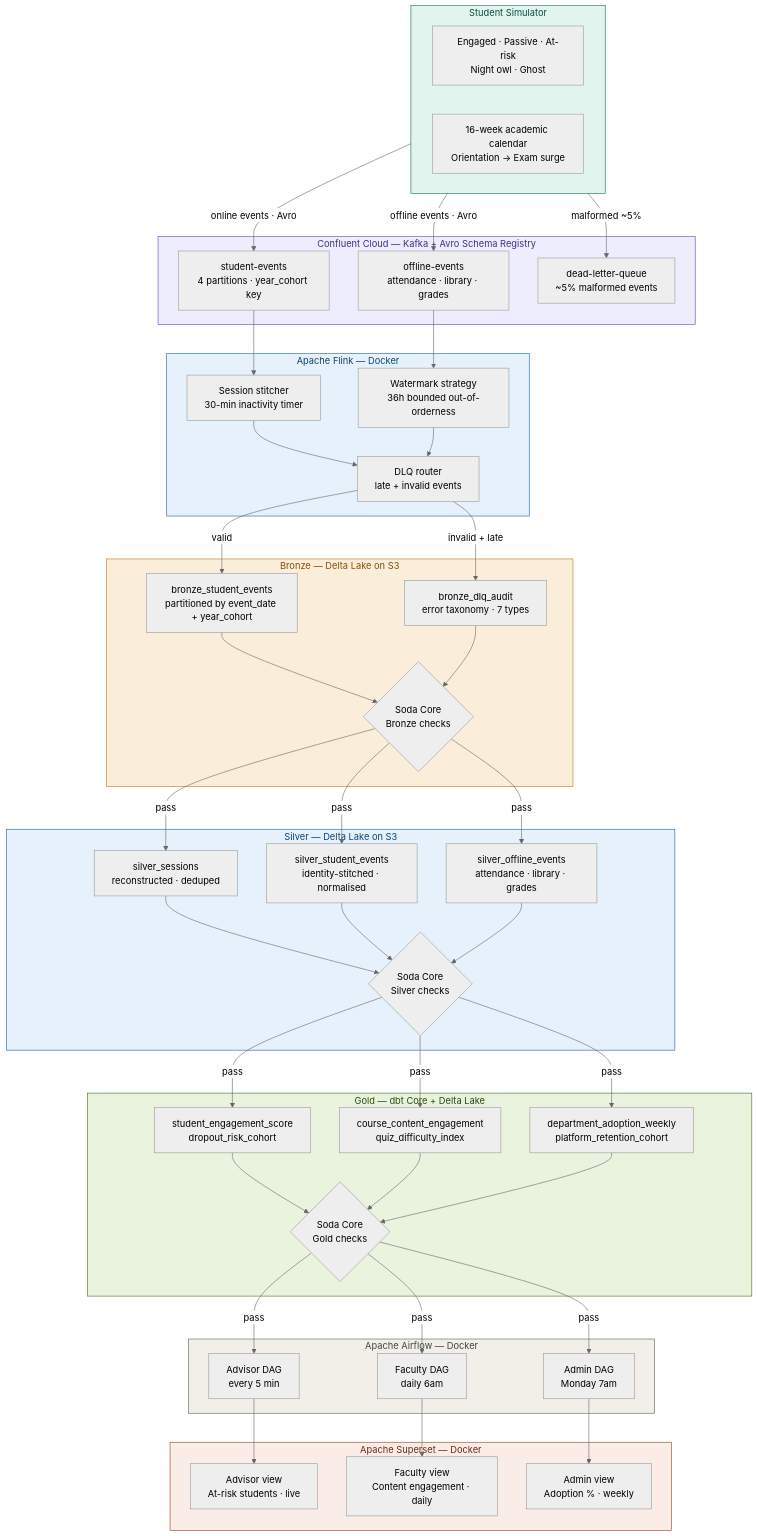
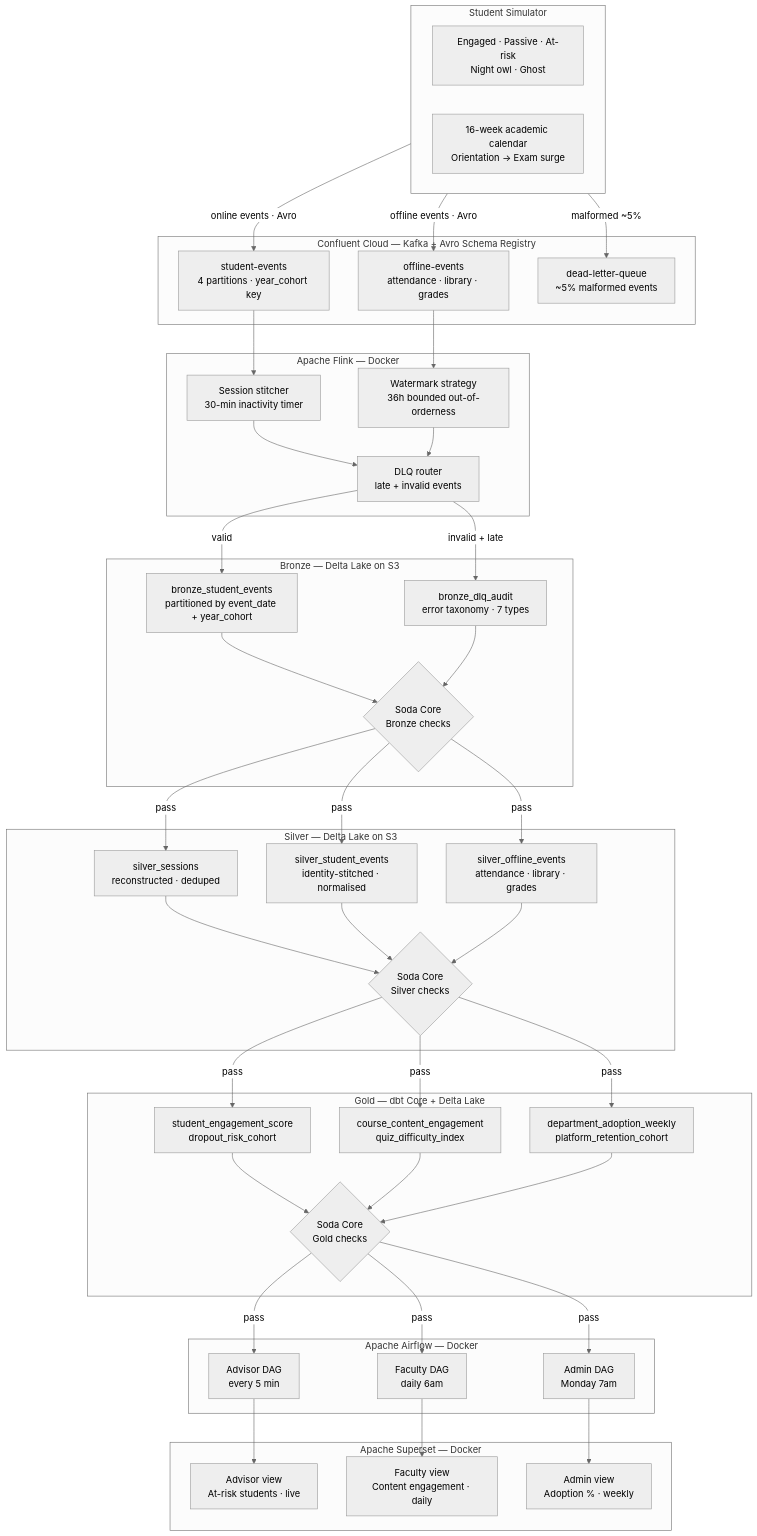
Before and after one commit to arcofiero/edupulse-analytics: the diagram in README.md, drawn with Mermaid (neutral theme).

Commit message:
fix(readme): correct mermaid fence, br line breaks, remove style overrides for GitHub rendering

````diff
--- a/README.md
+++ b/README.md
@@ -25,95 +25,86 @@
 ```mermaid
 flowchart TD
     subgraph SIM["Student Simulator"]
-        S1[Engaged · Passive · At-risk\nNight owl · Ghost]
-        S2[16-week academic calendar\nOrientation → Exam surge]
+        S1["Engaged · Passive · At-risk<br/>Night owl · Ghost"]
+        S2["16-week academic calendar<br/>Orientation → Exam surge"]
     end
 
     subgraph KAFKA["Confluent Cloud — Kafka + Avro Schema Registry"]
-        K1[student-events\n4 partitions · year_cohort key]
-        K2[offline-events\nattendance · library · grades]
-        K3[dead-letter-queue\n~5% malformed events]
+        K1["student-events<br/>4 partitions · year_cohort key"]
+        K2["offline-events<br/>attendance · library · grades"]
+        K3["dead-letter-queue<br/>~5% malformed events"]
     end
 
     subgraph FLINK["Apache Flink — Docker"]
-        F1[Session stitcher\n30-min inactivity timer]
-        F2[Watermark strategy\n36h bounded out-of-orderness]
-        F3[DLQ router\nlate + invalid events]
+        F1["Session stitcher<br/>30-min inactivity timer"]
+        F2["Watermark strategy<br/>36h bounded out-of-orderness"]
+        F3["DLQ router<br/>late + invalid events"]
     end
 
     subgraph BRONZE["Bronze — Delta Lake on S3"]
-        B1[bronze_student_events\npartitioned by event_date + year_cohort]
-        B2[bronze_dlq_audit\nerror taxonomy · 7 types]
-        SODA1{Soda Core\nBronze checks}
+        B1["bronze_student_events<br/>partitioned by event_date + year_cohort"]
+        B2["bronze_dlq_audit<br/>error taxonomy · 7 types"]
+        SODA1{"Soda Core<br/>Bronze checks"}
     end
 
     subgraph SILVER["Silver — Delta Lake on S3"]
-        SV1[silver_sessions\nreconstructed · deduped]
-        SV2[silver_student_events\nidentity-stitched · normalised]
-        SV3[silver_offline_events\nattendance · library · grades]
-        SODA2{Soda Core\nSilver checks}
+        SV1["silver_sessions<br/>reconstructed · deduped"]
+        SV2["silver_student_events<br/>identity-stitched · normalised"]
+        SV3["silver_offline_events<br/>attendance · library · grades"]
+        SODA2{"Soda Core<br/>Silver checks"}
     end
 
     subgraph GOLD["Gold — dbt Core + Delta Lake"]
-        G1[student_engagement_score\ndropout_risk_cohort]
-        G2[course_content_engagement\nquiz_difficulty_index]
-        G3[department_adoption_weekly\nplatform_retention_cohort]
-        SODA3{Soda Core\nGold checks}
+        G1["student_engagement_score<br/>dropout_risk_cohort"]
+        G2["course_content_engagement<br/>quiz_difficulty_index"]
+        G3["department_adoption_weekly<br/>platform_retention_cohort"]
+        SODA3{"Soda Core<br/>Gold checks"}
     end
 
     subgraph AIRFLOW["Apache Airflow — Docker"]
-        A1[Advisor DAG\nevery 5 min]
-        A2[Faculty DAG\ndaily 6am]
-        A3[Admin DAG\nMonday 7am]
+        A1["Advisor DAG<br/>every 5 min"]
+        A2["Faculty DAG<br/>daily 6am"]
+        A3["Admin DAG<br/>Monday 7am"]
     end
 
     subgraph SUPERSET["Apache Superset — Docker"]
-        D1[Advisor view\nAt-risk students · live]
-        D2[Faculty view\nContent engagement · daily]
-        D3[Admin view\nAdoption % · weekly]
+        D1["Advisor view<br/>At-risk students · live"]
+        D2["Faculty view<br/>Content engagement · daily"]
+        D3["Admin view<br/>Adoption % · weekly"]
     end
 
-    SIM -->|online events · Avro| K1
-    SIM -->|offline events · Avro| K2
-    SIM -->|malformed ~5%| K3
+    SIM -->|"online events · Avro"| K1
+    SIM -->|"offline events · Avro"| K2
+    SIM -->|"malformed ~5%"| K3
 
     K1 --> F1
     K2 --> F2
     F1 --> F3
     F2 --> F3
-    F3 -->|valid| B1
-    F3 -->|invalid + late| B2
+    F3 -->|"valid"| B1
+    F3 -->|"invalid + late"| B2
 
     B1 --> SODA1
     B2 --> SODA1
-    SODA1 -->|pass| SV1
-    SODA1 -->|pass| SV2
-    SODA1 -->|pass| SV3
+    SODA1 -->|"pass"| SV1
+    SODA1 -->|"pass"| SV2
+    SODA1 -->|"pass"| SV3
 
     SV1 --> SODA2
     SV2 --> SODA2
     SV3 --> SODA2
-    SODA2 -->|pass| G1
-    SODA2 -->|pass| G2
-    SODA2 -->|pass| G3
+    SODA2 -->|"pass"| G1
+    SODA2 -->|"pass"| G2
+    SODA2 -->|"pass"| G3
 
     G1 --> SODA3
     G2 --> SODA3
     G3 --> SODA3
-    SODA3 -->|pass| A1
-    SODA3 -->|pass| A2
-    SODA3 -->|pass| A3
+    SODA3 -->|"pass"| A1
+    SODA3 -->|"pass"| A2
+    SODA3 -->|"pass"| A3
 
     A1 --> D1
     A2 --> D2
     A3 --> D3
-
-    style SIM fill:#e1f5ee,stroke:#0f6e56,color:#085041
-    style KAFKA fill:#eeedfe,stroke:#534ab7,color:#3c3489
-    style FLINK fill:#e6f1fb,stroke:#185fa5,color:#0c447c
-    style BRONZE fill:#faeeda,stroke:#ba7517,color:#854f0b
-    style SILVER fill:#e6f1fb,stroke:#185fa5,color:#0c447c
-    style GOLD fill:#eaf3de,stroke:#3b6d11,color:#27500a
-    style AIRFLOW fill:#f1efe8,stroke:#5f5e5a,color:#444441
-    style SUPERSET fill:#faece7,stroke:#993c1d,color:#712b13
 ```
````
